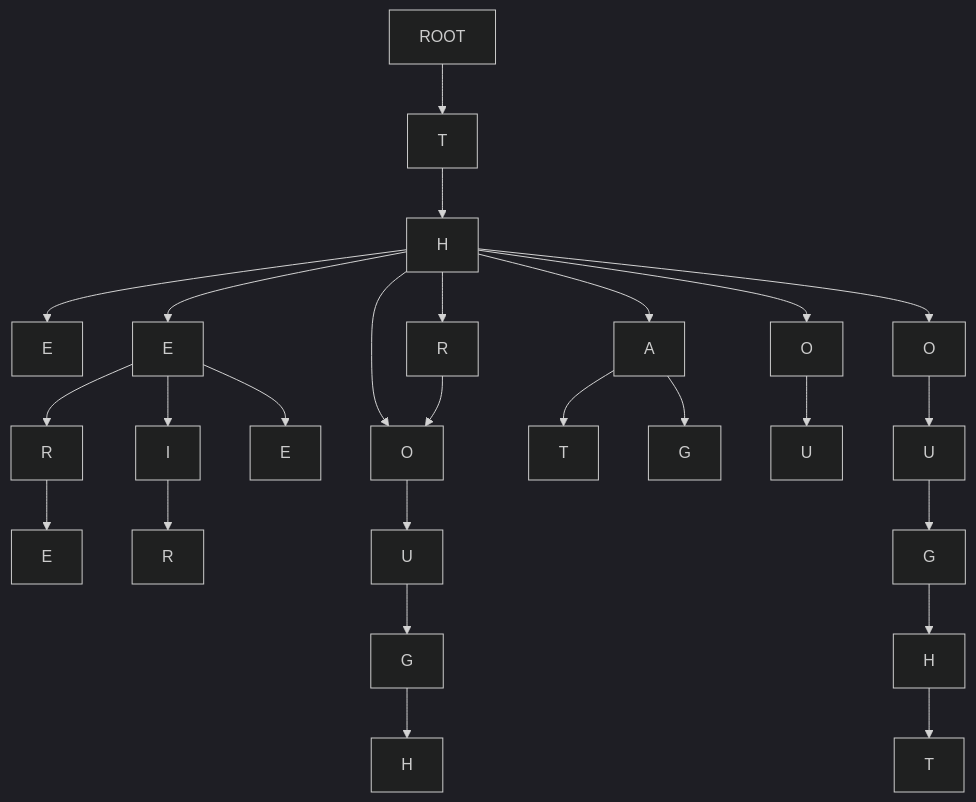
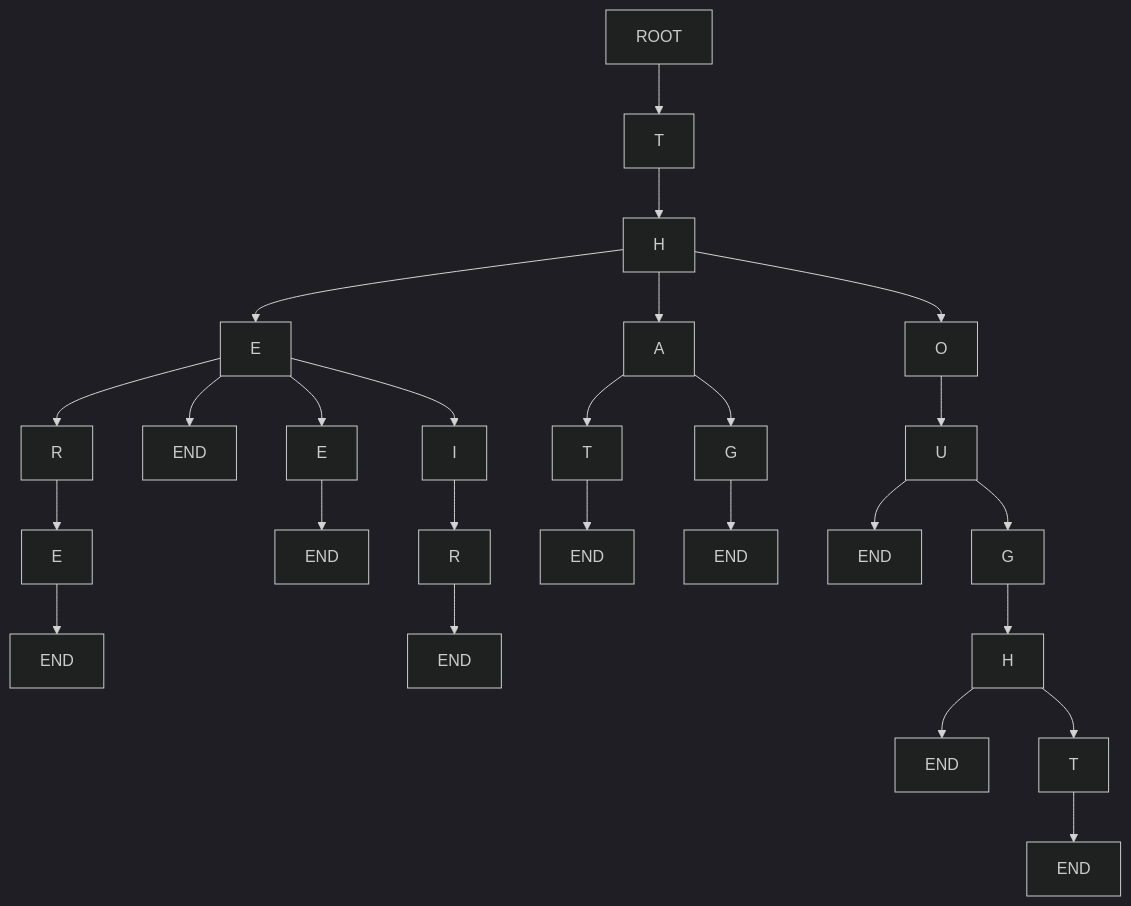
The second of 2 diagrams in README.md (spencer4404/autocomplete), drawn with Mermaid (dark theme) before and after one commit. The commit also changed other lines of this file and 4 other files, not shown here.

````diff
--- a/README.md
+++ b/README.md
@@ -308,40 +308,25 @@
 ```mermaid
 graph TD;
     ROOT-->T
     T-->H
 
-    H-->E_the[E]
+    H-->E_there[E]-->R_there[R]-->E_there2[E]-->end_there[END]
 
-    H-->E_there[E]
-    E_there[E]-->R_there[R]
-    R_there[R]-->E_there2[E]
+    E_there[E]-->end_the[END]    
 
-    E_there[E]-->I_their[I]
-    I_their[I]-->R_their[R]
-        
-    E_there[E]-->E_thee[E]
+    E_there[E]-->E_thee[E]-->end_thee[END]
 
-    H-->O_though[O]
-    O_though[O]-->U_though[U]
-    U_though[U]-->G_though[G]
-    G_though[G]-->H_though[H]
+    E_there[E]-->I_their[I]-->R_their[R]-->end_their[END]
 
-    H-->A_that[A]
-    A_that[A]-->T_that[T]
+    H-->A_that[A]-->T_that[T]-->end_that[END]
 
-    A_that[A]-->G_thag[G]
+    A_that[A]-->G_thag[G]-->end_thag[END]
 
-    H-->R_through[R]
-    R_through[R]-->O_though[O]
+    U_though[U]-->end_thou[END]
 
-    H-->O_thou[O]-->U_thou[U]
+    H-->O_thou[O]-->U_though[U]-->G_though[G]-->H_though[H]-->end_though[END]
 
-    H-->O_thought[O]
-    O_thought[O]-->U_thought[U]
-    U_thought[U]-->G_thought[G]
-    G_thought[G]-->H_thought[H]
-    H_thought[H]-->T_thought[T]
+    H_though[H]-->T_thought[T]-->end_thought[END]
 
     
-
 ```
````
